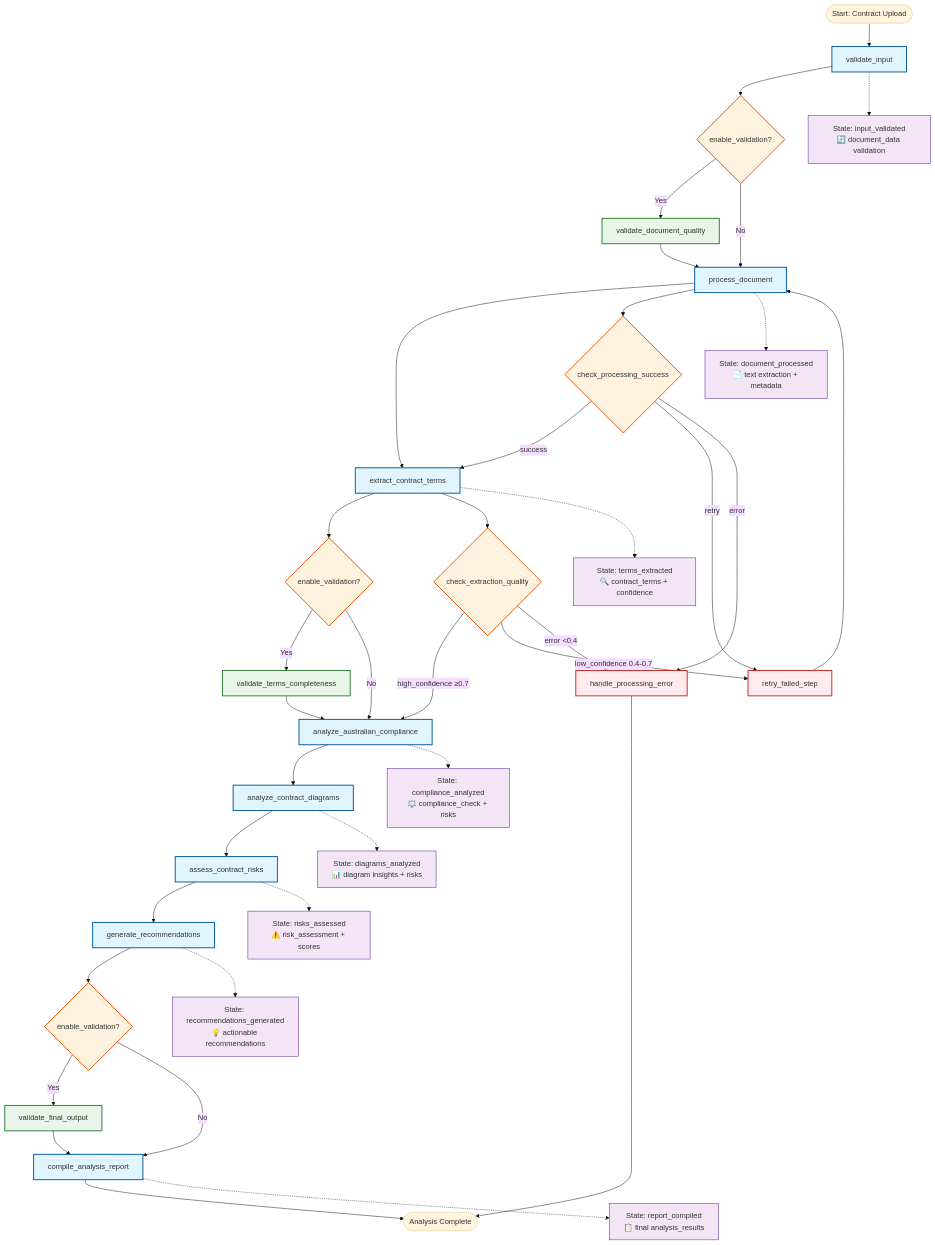
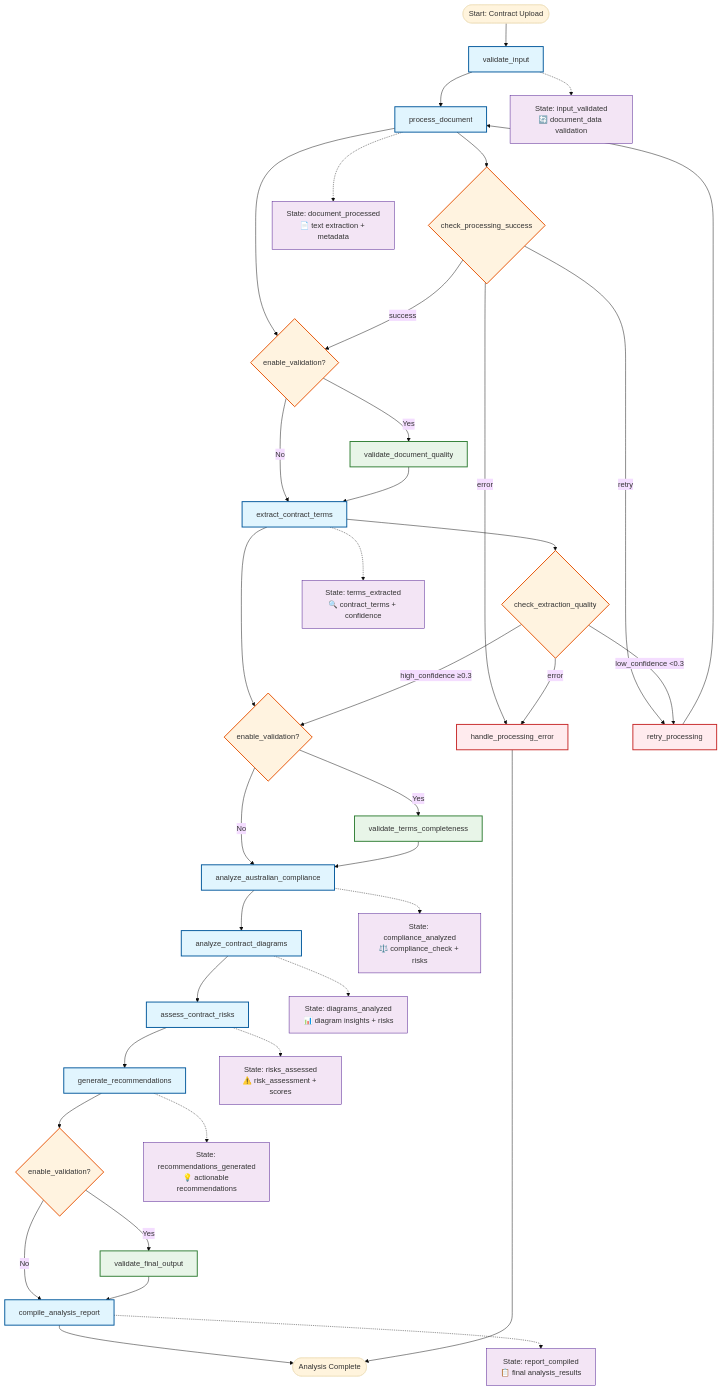
Before and after one commit to bohui/real2ai: the first of 7 diagrams in docs/workflows/langgraph-contract-analysis-workflow.md, drawn with Mermaid (base theme).

Commit message:
docs: update Mermaid diagram to match ContractAnalysisWorkflow implementation
- Fix validation node placement (validate_document_quality after process_document)
- Correct confidence thresholds to match implementation (≥0.3 default)
- Update retry logic to use retry_processing node
- Align flow order with actual code execution path
- Ensure diagram reflects source of truth from implementation

````diff
--- a/docs/workflows/langgraph-contract-analysis-workflow.md
+++ b/docs/workflows/langgraph-contract-analysis-workflow.md
@@ -44,66 +44,67 @@
 ```mermaid
 graph TD
     START([Start: Contract Upload]) --> VI[validate_input]
     
     %% Core Processing Flow with Enhanced Validation
-    VI --> VDQ{enable_validation?}
+    VI --> PD[process_document]
+    
+    PD --> VDQ{enable_validation?}
     VDQ -->|Yes| VDQ_NODE[validate_document_quality]
-    VDQ -->|No| PD[process_document]
-    VDQ_NODE --> PD
+    VDQ -->|No| ET[extract_contract_terms]
+    VDQ_NODE --> ET
     
-    PD --> ET[extract_contract_terms]
     ET --> VTC{enable_validation?}
     VTC -->|Yes| VTC_NODE[validate_terms_completeness]
     VTC -->|No| AC[analyze_australian_compliance]
     VTC_NODE --> AC
     
     AC --> ACD[analyze_contract_diagrams]
     ACD --> AR[assess_contract_risks]
     AR --> GR[generate_recommendations]
     GR --> VFO{enable_validation?}
     VFO -->|Yes| VFO_NODE[validate_final_output]
     VFO -->|No| CR[compile_analysis_report]
     VFO_NODE --> CR
     
     CR --> END([Analysis Complete])
     
     %% Error Handling Nodes
     HE[handle_processing_error] --> END
-    RP[retry_failed_step]
+    RP[retry_processing]
     
     %% Conditional Decision Points
     PD --> CPS{check_processing_success}
-    CPS -->|success| ET
+    CPS -->|success| VDQ
     CPS -->|retry| RP
     CPS -->|error| HE
     
     ET --> CEQ{check_extraction_quality}
-    CEQ -->|high_confidence ≥0.7| AC
-    CEQ -->|low_confidence 0.4-0.7| RP
-    CEQ -->|error <0.4| HE
+    CEQ -->|high_confidence ≥0.3| VTC
+    CEQ -->|low_confidence <0.3| RP
+    CEQ -->|error| HE
     
     RP --> PD
     
     %% State Updates (showing key checkpoints)
     VI -.-> S1[State: input_validated<br/>🔄 document_data validation]
     PD -.-> S2[State: document_processed<br/>📄 text extraction + metadata]
     ET -.-> S3[State: terms_extracted<br/>🔍 contract_terms + confidence]
     AC -.-> S4[State: compliance_analyzed<br/>⚖️ compliance_check + risks]
     ACD -.-> S5[State: diagrams_analyzed<br/>📊 diagram insights + risks]
     AR -.-> S6[State: risks_assessed<br/>⚠️ risk_assessment + scores]
     GR -.-> S7[State: recommendations_generated<br/>💡 actionable recommendations]
     CR -.-> S8[State: report_compiled<br/>📋 final analysis_results]
     
     %% Styling
     classDef processNode fill:#e1f5fe,stroke:#01579b,stroke-width:2px
     classDef decisionNode fill:#fff3e0,stroke:#e65100,stroke-width:2px
     classDef errorNode fill:#ffebee,stroke:#c62828,stroke-width:2px
     classDef stateNode fill:#f3e5f5,stroke:#4a148c,stroke-width:1px
     classDef validationNode fill:#e8f5e8,stroke:#2e7d32,stroke-width:2px
     
     class VI,PD,ET,AC,ACD,AR,GR,CR processNode
     class CPS,CEQ,VDQ,VTC,VFO decisionNode
     class HE,RP errorNode
     class S1,S2,S3,S4,S5,S6,S7,S8 stateNode
     class VDQ_NODE,VTC_NODE,VFO_NODE validationNode
 ```
````
